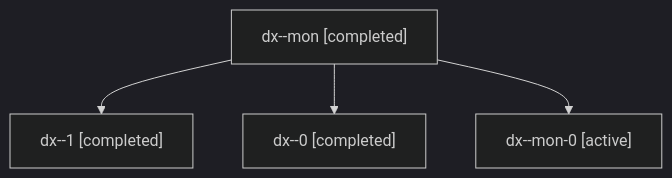
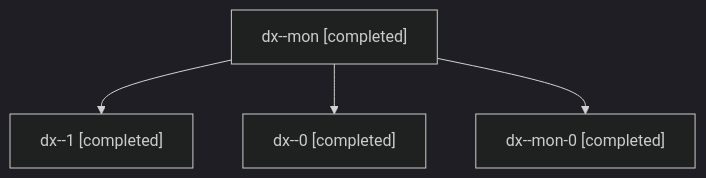
One commit to bobs-org/bob-cli--agents changed the diagram in sessions/bbugyi200.apollo.dx.md. Above: the diagram before and after it, drawn with Mermaid (dark theme). The commit also changed other lines of this file and 12 other files, not shown here.

````diff
--- a/sessions/bbugyi200.apollo.dx.md
+++ b/sessions/bbugyi200.apollo.dx.md
@@ -9,10 +9,10 @@
 ```mermaid
 flowchart TD
   n0["dx--mon [completed]"]
   n1["dx--1 [completed]"]
   n0 --> n1
   n2["dx--0 [completed]"]
   n0 --> n2
-  n3["dx--mon-0 [active]"]
+  n3["dx--mon-0 [completed]"]
   n0 --> n3
 ```
````
